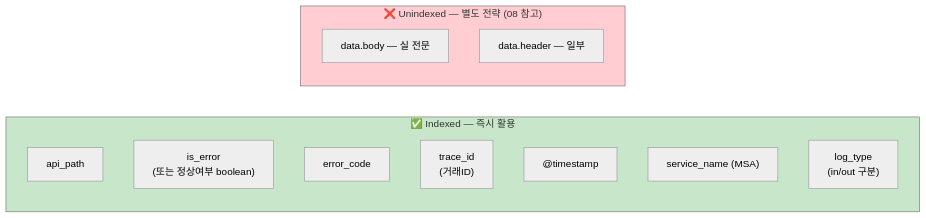
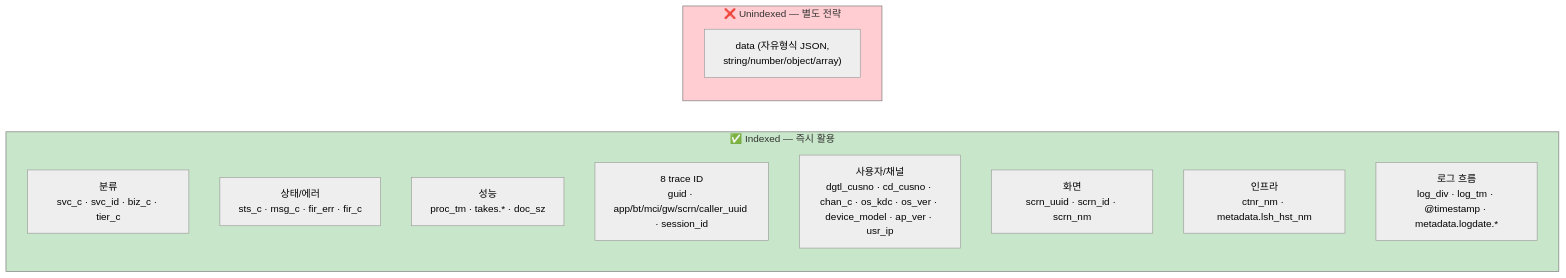
Before and after one commit to corollazer0/elk-learning: the second of 10 diagrams in docs/09-monitoring-strategy.md, drawn with Mermaid (neutral theme). The commit also changed other lines of this file, not shown here.

````diff
--- a/docs/09-monitoring-strategy.md
+++ b/docs/09-monitoring-strategy.md
@@ -85,19 +67,20 @@
 ```mermaid
 flowchart LR
     subgraph IDX["✅ Indexed — 즉시 활용"]
-      F1[api_path]
-      F2["is_error<br/>(또는 정상여부 boolean)"]
-      F3[error_code]
-      F4["trace_id<br/>(거래ID)"]
-      F5["@timestamp"]
-      F6["service_name (MSA)"]
-      F7["log_type<br/>(in/out 구분)"]
+      direction TB
+      F1["분류<br/>svc_c · svc_id · biz_c · tier_c"]
+      F2["상태/에러<br/>sts_c · msg_c · fir_err · fir_c"]
+      F3["성능<br/>proc_tm · takes.* · doc_sz"]
+      F4["8 trace ID<br/>guid · app/bt/mci/gw/scrn/caller_uuid · session_id"]
+      F5["사용자/채널<br/>dgtl_cusno · cd_cusno · chan_c · os_kdc · os_ver · device_model · ap_ver · usr_ip"]
+      F6["화면<br/>scrn_uuid · scrn_id · scrn_nm"]
+      F7["인프라<br/>ctnr_nm · metadata.lsh_hst_nm"]
+      F8["로그 흐름<br/>log_div · log_tm · @timestamp · metadata.logdate.*"]
     end
-    subgraph UNIDX["❌ Unindexed — 별도 전략 (08 참고)"]
-      U1[data.body — 실 전문]
-      U2[data.header — 일부]
+    subgraph UNIDX["❌ Unindexed — 별도 전략"]
+      U1["data (자유형식 JSON,<br/>string/number/object/array)"]
     end
 
     style IDX fill:#c8e6c9
     style UNIDX fill:#ffcdd2
 ```
````
